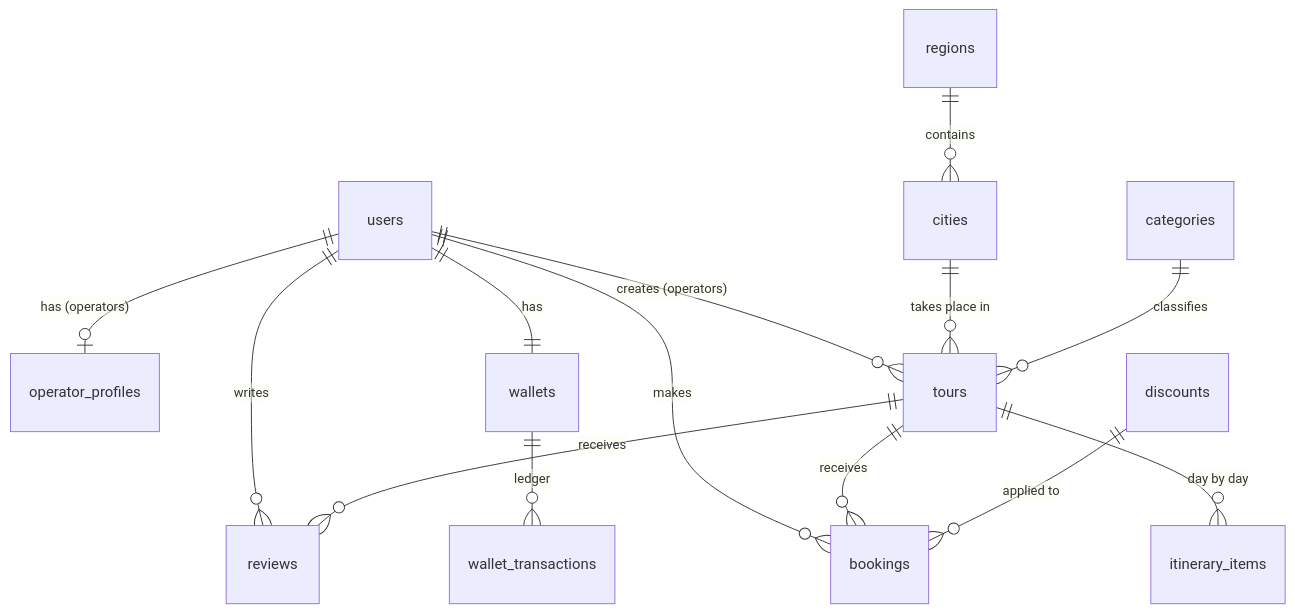
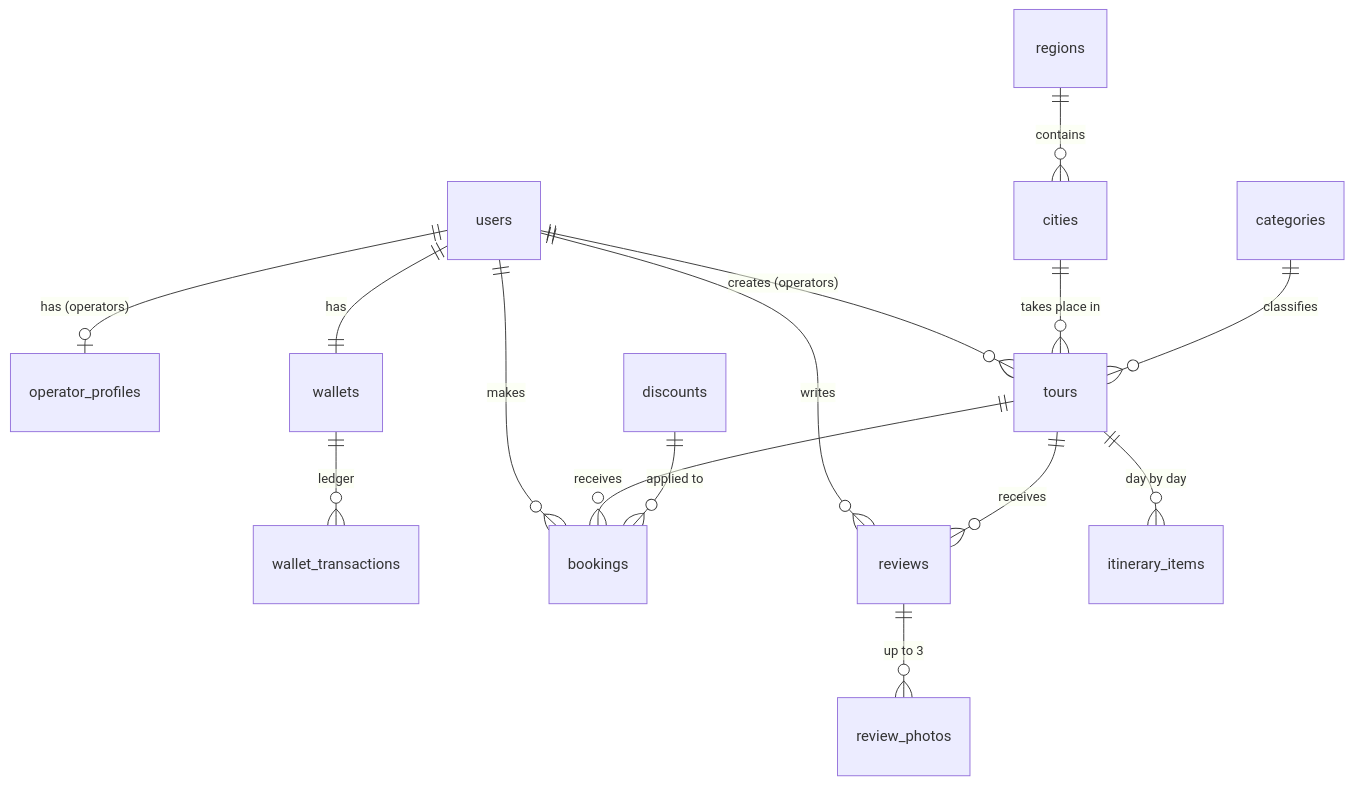
The diagram in docs/04-database.md (Mohammadabouali-svg/Lebanon_tourism), drawn with Mermaid before and after one commit. The commit also changed other lines of this file and 25 other files, not shown here.

First line of the commit message:
Allow up to three photos per review

````diff
--- a/docs/04-database.md
+++ b/docs/04-database.md
@@ -5,16 +5,17 @@
 ```mermaid
 erDiagram
     users ||--o| operator_profiles : "has (operators)"
     users ||--|| wallets : has
     wallets ||--o{ wallet_transactions : "ledger"
     users ||--o{ tours : "creates (operators)"
     users ||--o{ bookings : makes
     users ||--o{ reviews : writes
     regions ||--o{ cities : contains
     cities ||--o{ tours : "takes place in"
     categories ||--o{ tours : classifies
     tours ||--o{ itinerary_items : "day by day"
     tours ||--o{ bookings : receives
     tours ||--o{ reviews : receives
+    reviews ||--o{ review_photos : "up to 3"
     discounts ||--o{ bookings : "applied to"
 ```
````
